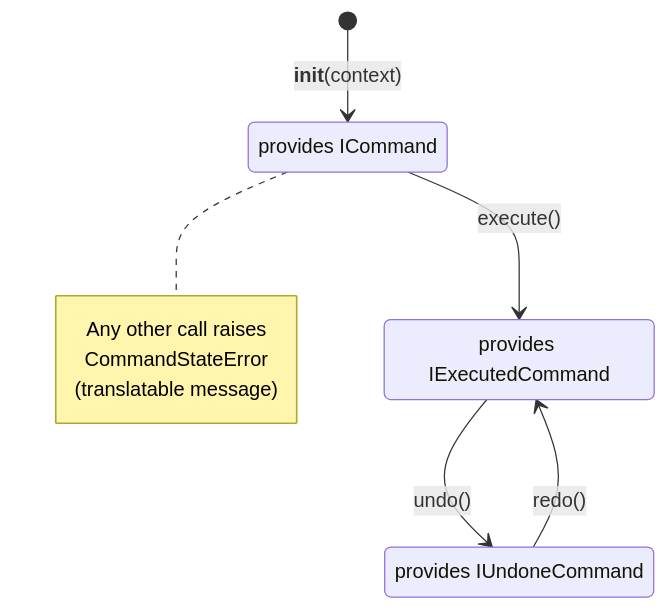
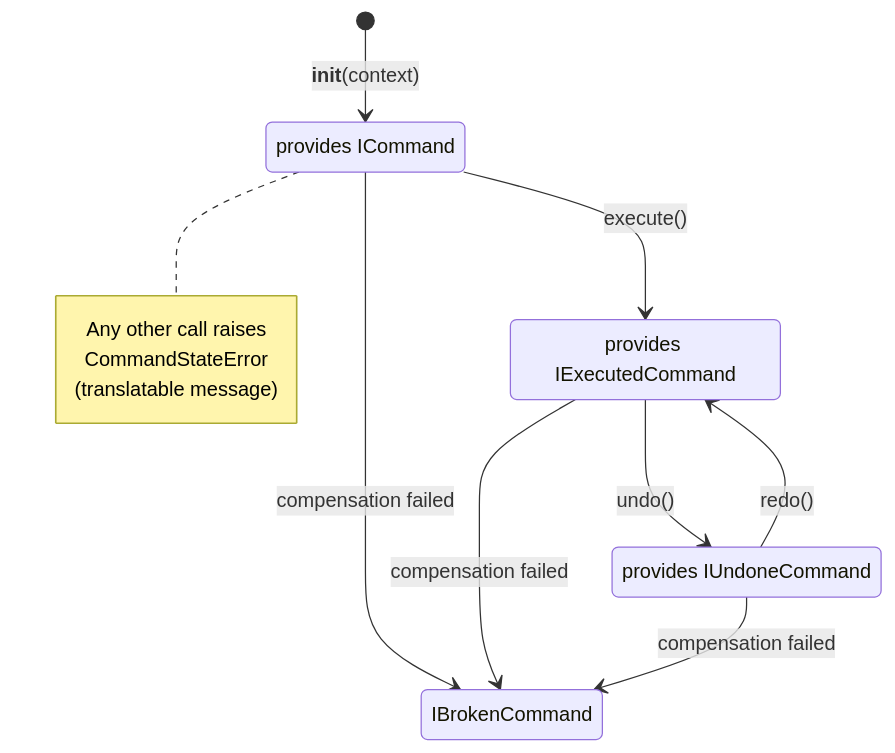
Before and after one commit to michaellaunay/komandaro: the third of 9 diagrams in docs/en/architecture.md, drawn with Mermaid. The commit also changed other lines of this file and 18 other files, not shown here.

````diff
--- a/docs/en/architecture.md
+++ b/docs/en/architecture.md
@@ -183,15 +189,19 @@
 ```mermaid
 stateDiagram-v2
     [*] --> Ready : __init__(context)
     Ready --> Executed : execute()
     Executed --> Undone : undo()
     Undone --> Executed : redo()
     Ready : provides ICommand
     Executed : provides IExecutedCommand
     Undone : provides IUndoneCommand
+    Ready --> Broken : compensation failed
+    Executed --> Broken : compensation failed
+    Undone --> Broken : compensation failed
+    Broken : IBrokenCommand
     note right of Ready
         Any other call raises
         CommandStateError
         (translatable message)
     end note
 ```
````
